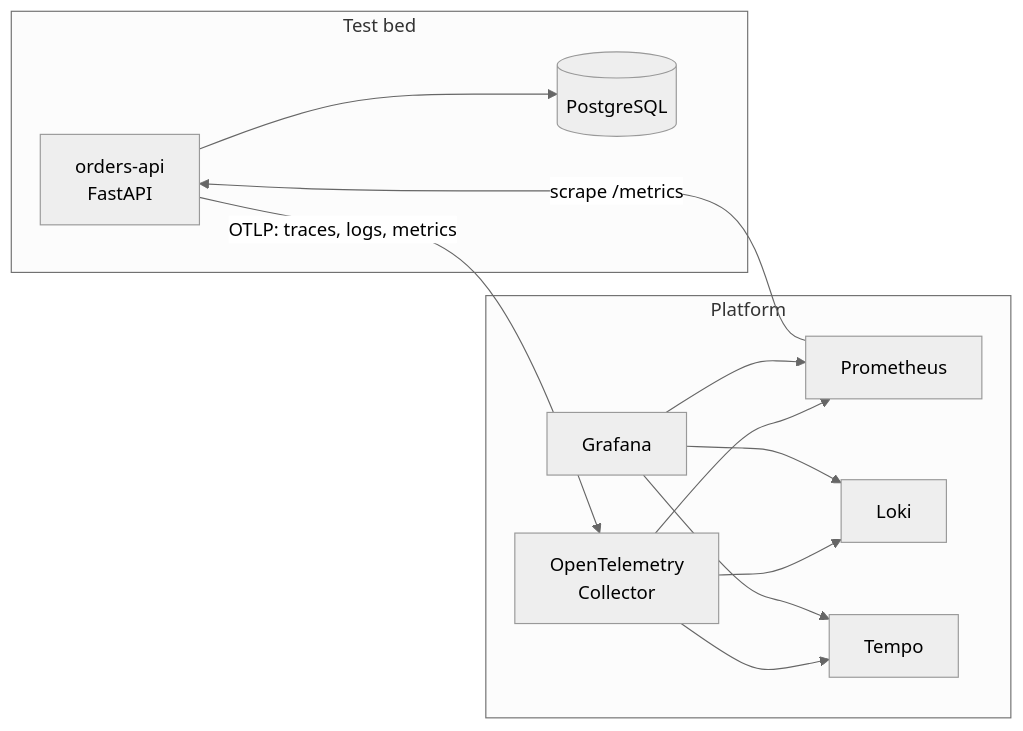
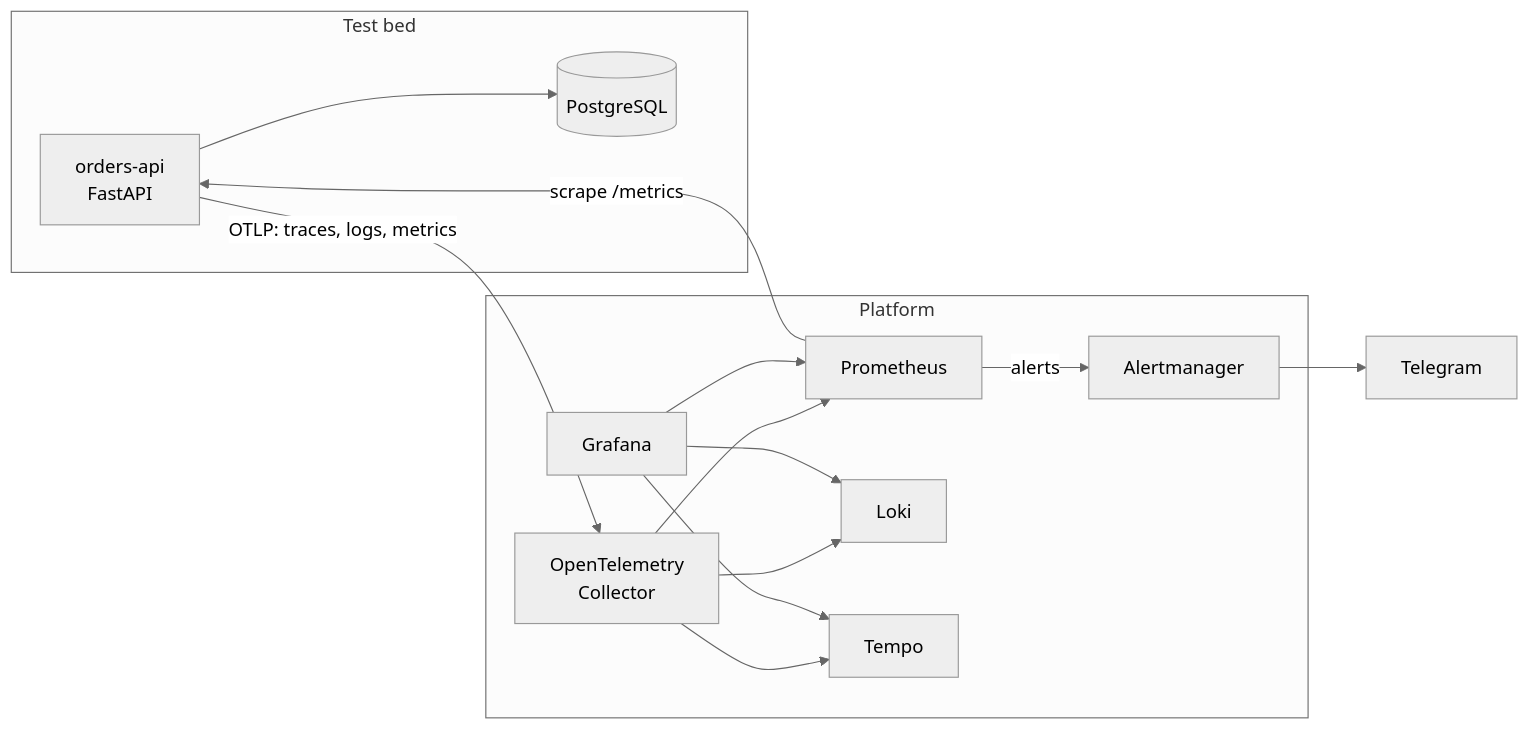
One commit to DBarrantes45/firebreak changed the first of 3 diagrams in docs/architecture.md. Above: the diagram before and after it, drawn with Mermaid (neutral theme). The commit also changed other lines of this file and 21 other files, not shown here.

Commit message:
feat: add Alertmanager with Telegram routing, runbooks and alert tests (#6)

````diff
--- a/docs/architecture.md
+++ b/docs/architecture.md
@@ -15,23 +15,27 @@
 ```mermaid
 flowchart LR
     subgraph app["Test bed"]
         API["orders-api<br/>FastAPI"]
         DB[("PostgreSQL")]
         API --> DB
     end
     subgraph platform["Platform"]
         COL["OpenTelemetry<br/>Collector"]
         PROM["Prometheus"]
         LOKI["Loki"]
         TEMPO["Tempo"]
         GRAF["Grafana"]
+        AM["Alertmanager"]
     end
+    TG["Telegram"]
     API -- "OTLP: traces, logs, metrics" --> COL
     PROM -- "scrape /metrics" --> API
     COL --> TEMPO
     COL --> LOKI
     COL --> PROM
     GRAF --> PROM
     GRAF --> LOKI
     GRAF --> TEMPO
+    PROM -- alerts --> AM
+    AM --> TG
 ```
````
